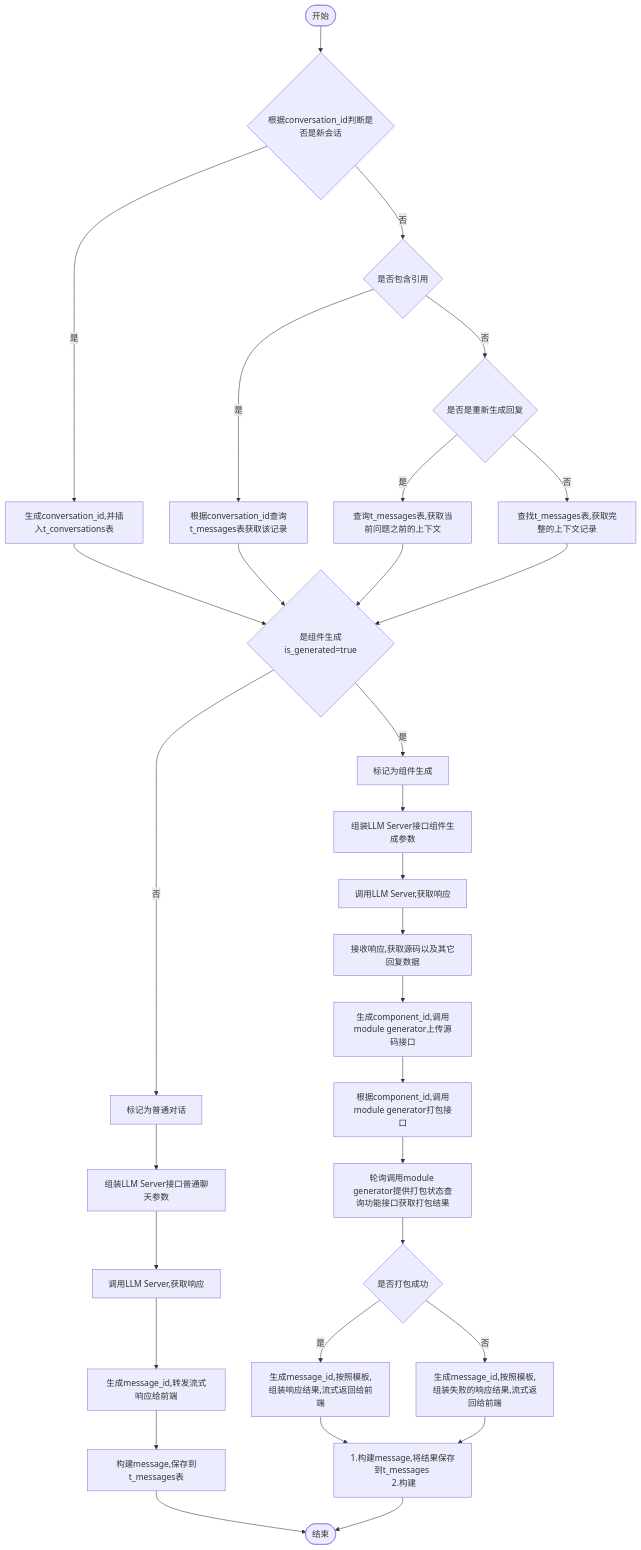
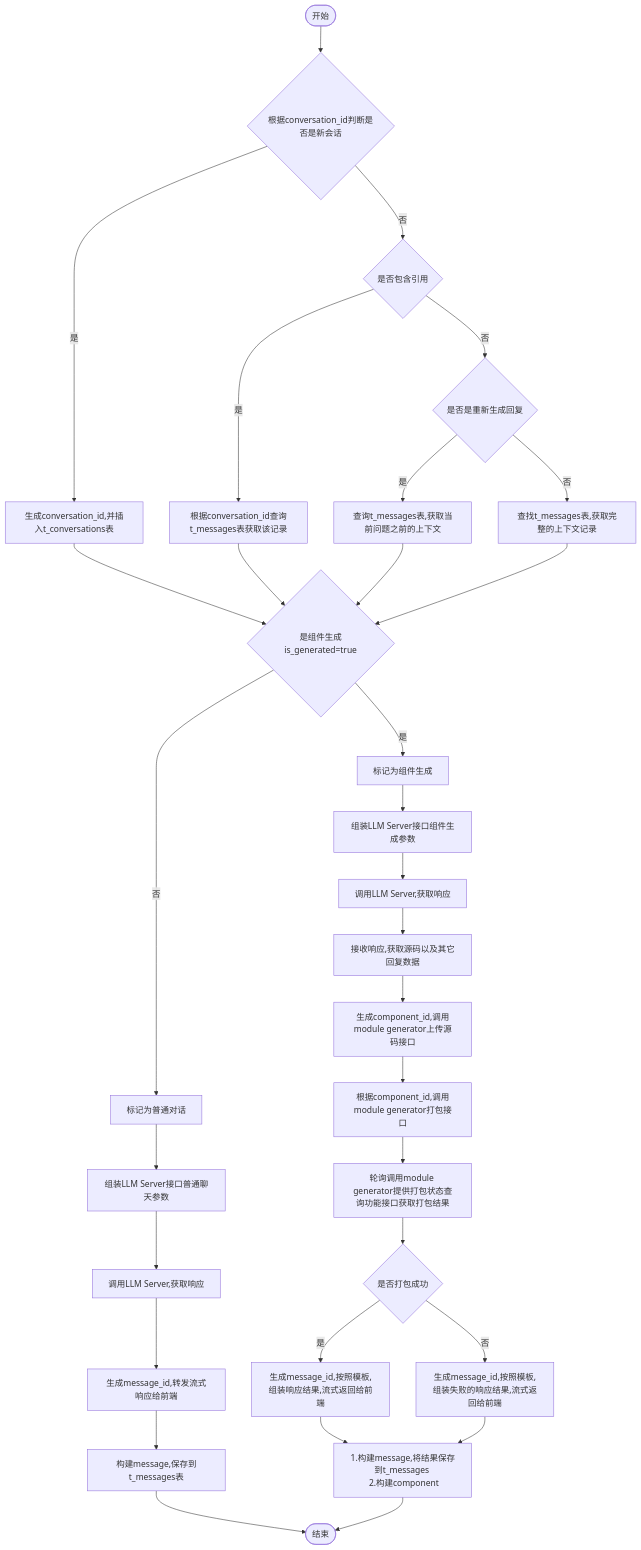
The diagram in all/v0.1.0会话.md (yingjianzh/iodraw-files), drawn with Mermaid before and after one commit.

Commit message:
2024-10-12 17:22:07 update

````diff
--- a/all/v0.1.0会话.md
+++ b/all/v0.1.0会话.md
@@ -1,34 +1,34 @@
 ```mermaid
 flowchart TD
     A([开始]) --> B{根据conversation_id判断是否是新会话}
     B -- 是 --> C[生成conversation_id,并插入t_conversations表]
     B -- 否 --> D{是否包含引用}
     D -- 是 --> E[根据conversation_id查询t_messages表获取该记录]
     D -- 否 --> F{是否是重新生成回复}
     F -- 是 --> G[查询t_messages表,获取当前问题之前的上下文]
     F -- 否 --> H[查找t_messages表,获取完整的上下文记录]
      
     C & E & G & H --> I{是组件生成is_generated=true}
     I -- 是 --> J[标记为组件生成]
     I -- 否 --> K[标记为普通对话]
 
     J --> L[组装LLM Server接口组件生成参数]    
     K --> M[组装LLM Server接口普通聊天参数]    
     M --> N[调用LLM Server,获取响应]    
     N --> O[生成message_id,转发流式响应给前端]
     O --> P[构建message,保存到t_messages表]
     P --> R([结束])
 
 
     L --> S[调用LLM Server,获取响应]
     S --> T[接收响应,获取源码以及其它回复数据]
     T --> U[生成component_id,调用module generator上传源码接口]
     U --> V[根据component_id,调用module generator打包接口]
     V --> W[轮询调用module generator提供打包状态查询功能接口获取打包结果]
     W --> X{是否打包成功}
     X -- 是 --> Y[生成message_id,按照模板,组装响应结果,流式返回给前端]
     X -- 否 --> Z[生成message_id,按照模板,组装失败的响应结果,流式返回给前端]
 
-    Y & Z --> Result[1.构建message,将结果保存到t_messages \n 2.构建]
+    Y & Z --> Result[1.构建message,将结果保存到t_messages \n 2.构建component]
     Result --> R
 ```
````
